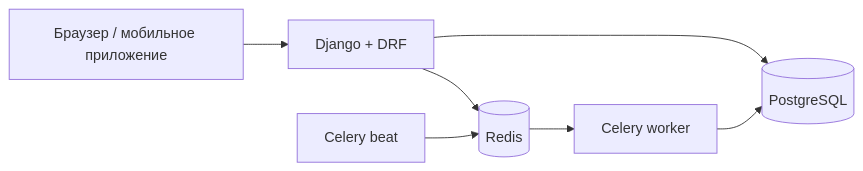
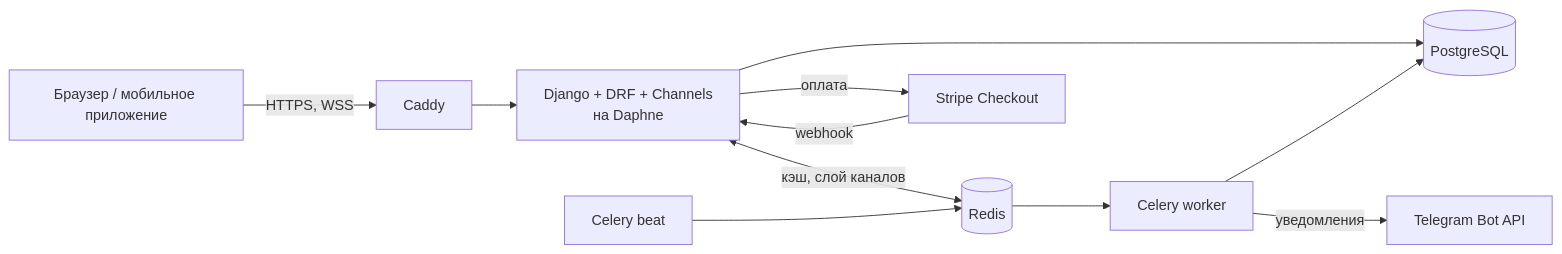
The third of 3 diagrams in README.md (marcsovnurislom/restaurant-system), drawn with Mermaid before and after one commit. The commit also changed other lines of this file and 27 other files, not shown here.

````diff
--- a/README.md
+++ b/README.md
@@ -174,9 +220,13 @@
 ```mermaid
 flowchart LR
-    Browser[Браузер / мобильное приложение] --> Web[Django + DRF]
+    Browser[Браузер / мобильное приложение] -->|HTTPS, WSS| Caddy
+    Caddy --> Web[Django + DRF + Channels<br/>на Daphne]
     Web --> DB[(PostgreSQL)]
-    Web --> Redis[(Redis)]
+    Web <-->|кэш, слой каналов| Redis[(Redis)]
     Redis --> Worker[Celery worker]
     Beat[Celery beat] --> Redis
     Worker --> DB
+    Worker -->|уведомления| Telegram[Telegram Bot API]
+    Web -->|оплата| Stripe[Stripe Checkout]
+    Stripe -->|webhook| Web
 ```
````
